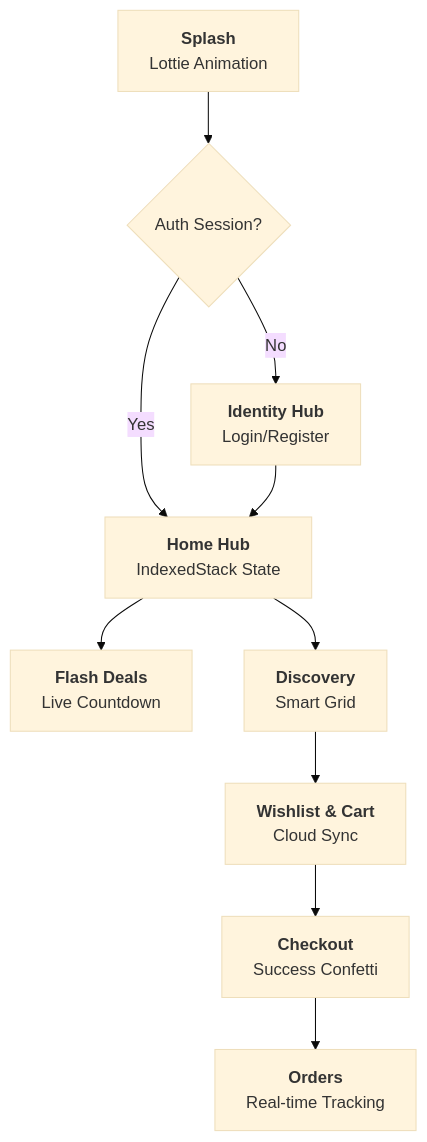
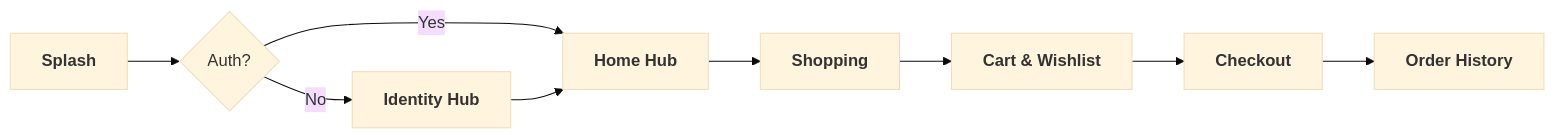
One commit to anshu-ac-dv/aura_mart changed the diagram in README.md. Above: the diagram before and after it, drawn with Mermaid (base theme). The commit also changed other lines of this file, not shown here.

````diff
--- a/README.md
+++ b/README.md
@@ -24,16 +36,11 @@
 ```mermaid
-graph TD
-    A[<b>Splash</b><br/>Lottie Animation] --> B{Auth Session?}
-    B -- No --> C[<b>Identity Hub</b><br/>Login/Register]
-    B -- Yes --> D[<b>Home Hub</b><br/>IndexedStack State]
-    
+graph LR
+    A[<b>Splash</b>] --> B{Auth?}
+    B -- No --> C[<b>Identity Hub</b>]
+    B -- Yes --> D[<b>Home Hub</b>]
     C --> D
-    
-    D --> E[<b>Flash Deals</b><br/>Live Countdown]
-    D --> F[<b>Discovery</b><br/>Smart Grid]
-    
-    F --> G[<b>Wishlist & Cart</b><br/>Cloud Sync]
-    G --> H[<b>Checkout</b><br/>Success Confetti]
-    
-    H --> I[<b>Orders</b><br/>Real-time Tracking]
+    D --> E[<b>Shopping</b>]
+    E --> F[<b>Cart & Wishlist</b>]
+    F --> G[<b>Checkout</b>]
+    G --> H[<b>Order History</b>]
 ```
````
